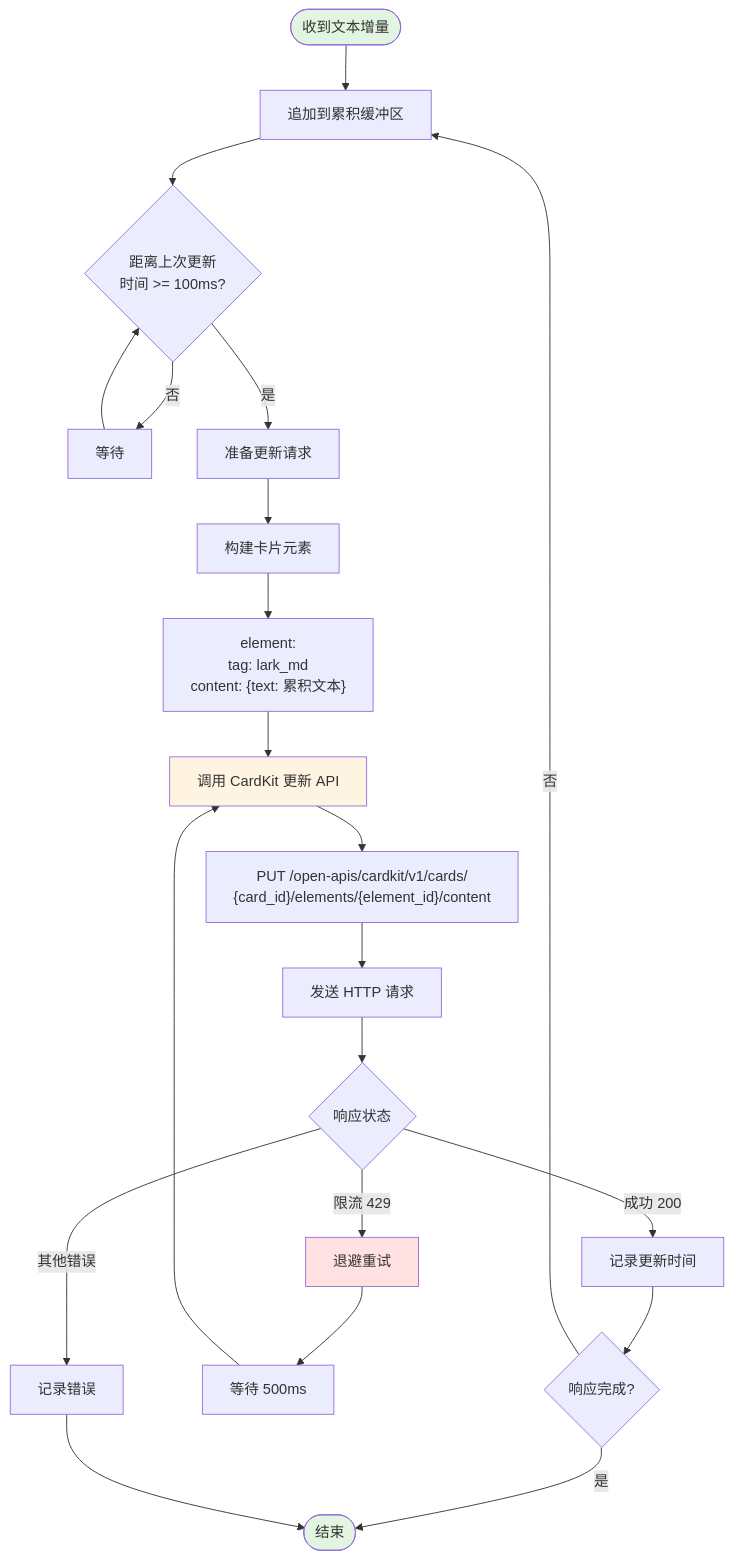
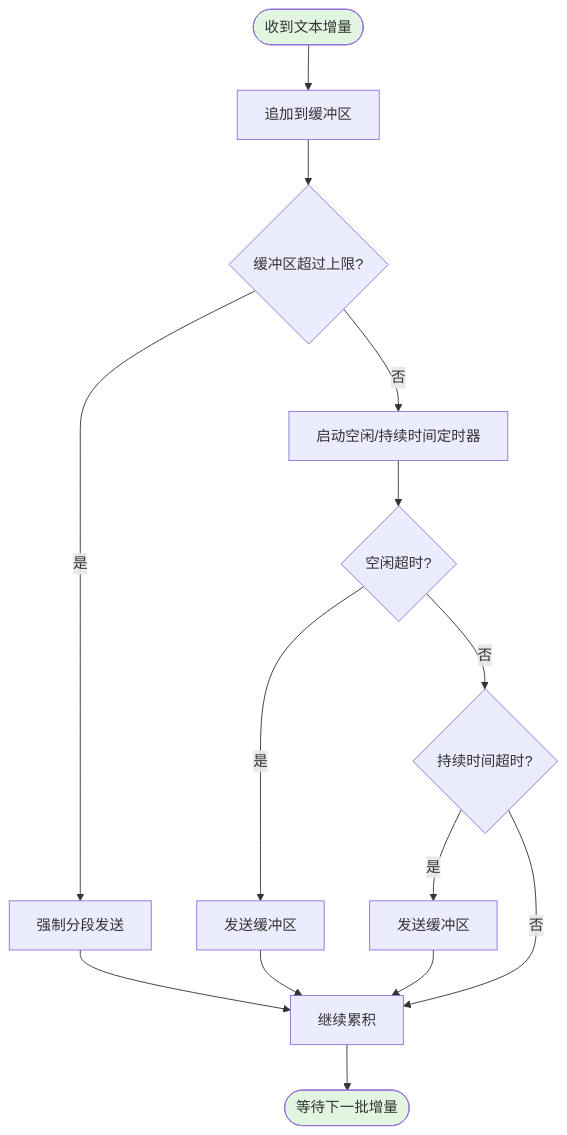
The second of 3 diagrams in docs/detailed-flowchart.md (whysmx/feishu-bot), drawn with Mermaid before and after one commit. The commit also changed other lines of this file and 11 other files, not shown here.

````diff
--- a/docs/detailed-flowchart.md
+++ b/docs/detailed-flowchart.md
@@ -52,36 +47,24 @@
 ```mermaid
 flowchart TD
-    Start([收到文本增量]) --> Append[追加到累积缓冲区]
-    Append --> CheckRate{距离上次更新<br/>时间 >= 100ms?}
+    Start([收到文本增量]) --> Append[追加到缓冲区]
+    Append --> CheckSize{缓冲区超过上限?}
 
-    CheckRate -->|否| Wait[等待]
-    Wait --> CheckRate
-    CheckRate -->|是| PrepareUpdate[准备更新请求]
+    CheckSize -->|是| ForceSend[强制分段发送]
+    CheckSize -->|否| StartTimers[启动空闲/持续时间定时器]
 
-    PrepareUpdate --> BuildElement[构建卡片元素]
-    BuildElement --> MarkdownElement["element:<br/>  tag: lark_md<br/>  content: {text: 累积文本}"]
+    StartTimers --> IdleTimer{空闲超时?}
+    IdleTimer -->|是| SendIdle[发送缓冲区]
+    IdleTimer -->|否| DurationTimer{持续时间超时?}
 
-    MarkdownElement --> APIRequest[调用 CardKit 更新 API]
-    APIRequest --> HTTPTarget["PUT /open-apis/cardkit/v1/cards/<br/>{card_id}/elements/{element_id}/content"]
+    DurationTimer -->|是| SendDuration[发送缓冲区]
+    DurationTimer -->|否| WaitMore[继续累积]
 
-    HTTPTarget --> SendRequest[发送 HTTP 请求]
-    SendRequest --> Response{响应状态}
+    SendIdle --> WaitMore
+    SendDuration --> WaitMore
+    ForceSend --> WaitMore
 
-    Response -->|成功 200| RecordTime[记录更新时间]
-    Response -->|限流 429| Backoff[退避重试]
-    Response -->|其他错误| LogError[记录错误]
-
-    Backoff --> WaitRetry[等待 500ms]
-    WaitRetry --> APIRequest
-
-    RecordTime --> CheckEnd{响应完成?}
-    CheckEnd -->|否| Append
-    CheckEnd -->|是| End([结束])
-
-    LogError --> End
+    WaitMore --> End([等待下一批增量])
 
     style Start fill:#e1f5e1
     style End fill:#e1f5e1
-    style APIRequest fill:#fff4e1
-    style Backoff fill:#ffe1e1
 ```
````
